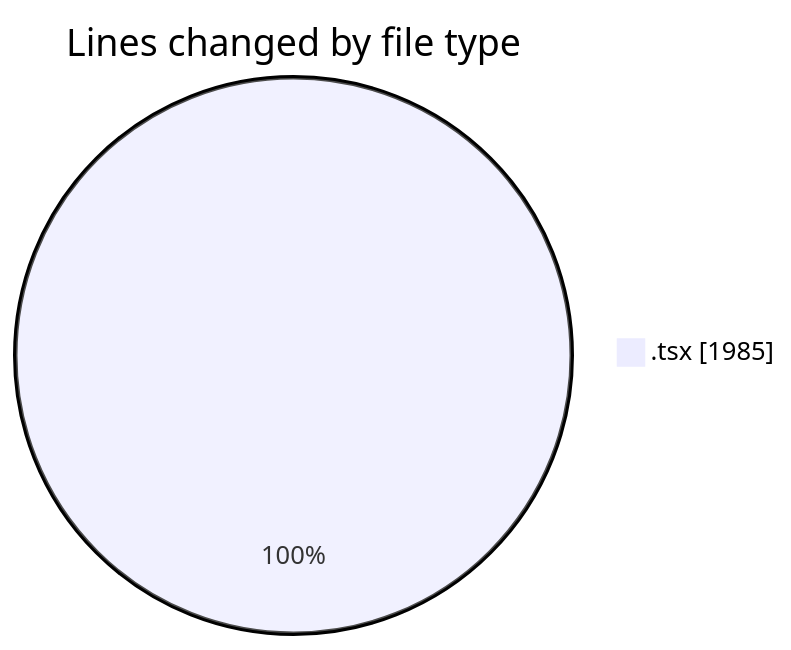
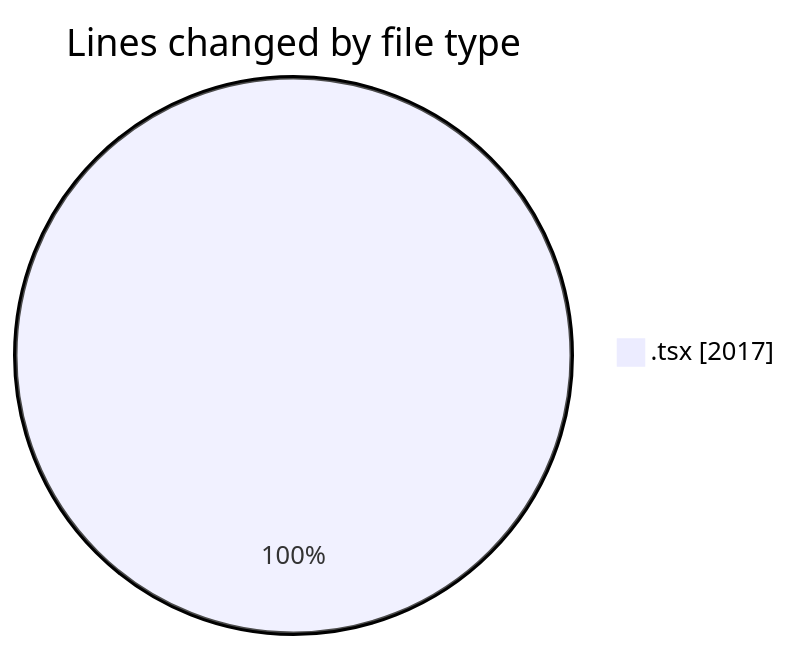
Before and after one commit to nxtqubesakshisongat/code-tracking: the first of 2 diagrams in 2026-04-09/airfeed-analytics-dashboard/README.md, drawn with Mermaid. The commit also changed other lines of this file and 1 other file, not shown here.

````diff
--- a/2026-04-09/airfeed-analytics-dashboard/README.md
+++ b/2026-04-09/airfeed-analytics-dashboard/README.md
@@ -26,5 +26,5 @@
 ```mermaid
 pie showData
 title Lines changed by file type
-".tsx" : 1985
+".tsx" : 2017
 ```
````
